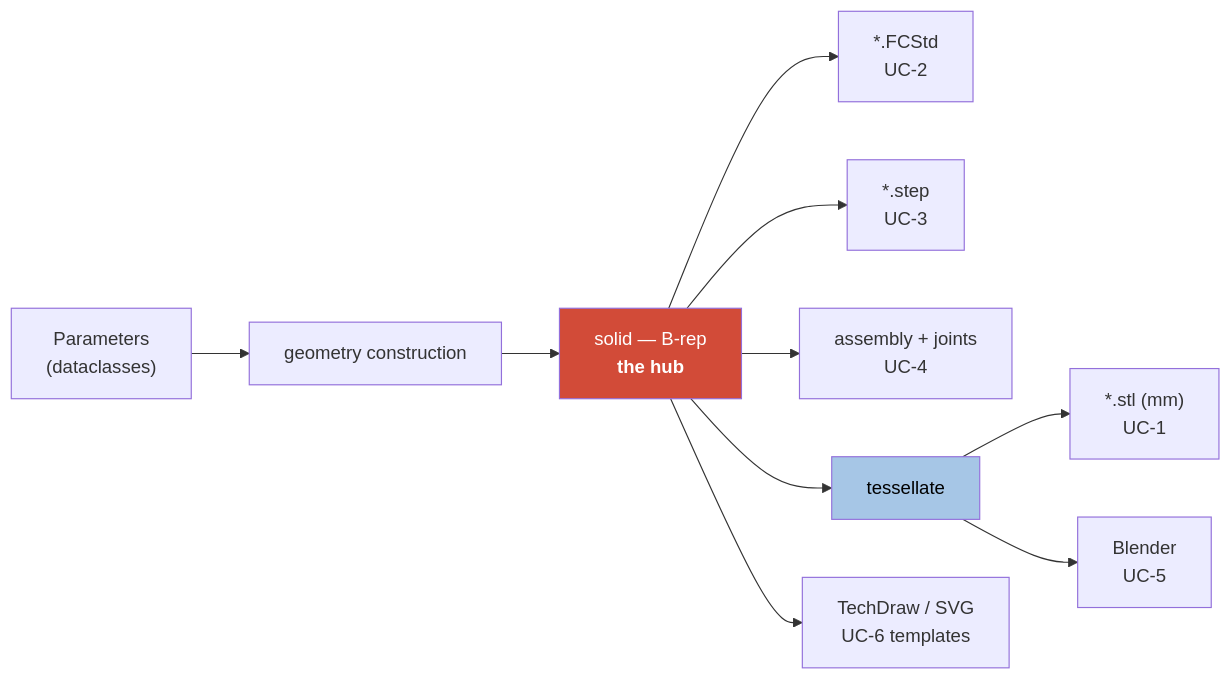
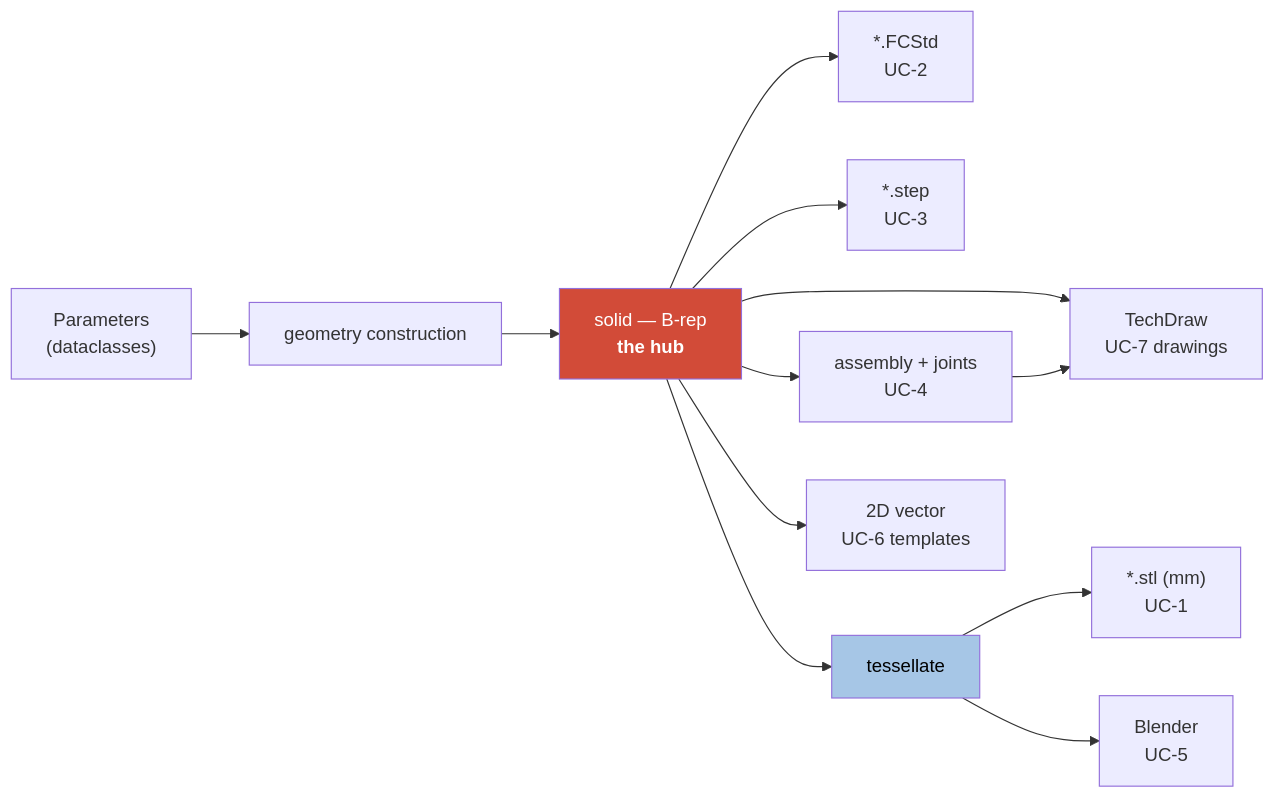
The first of 4 diagrams in doc/architecture/freecad_migration.md (yJjDoAZuae/modular-sUAS), drawn with Mermaid before and after one commit. The commit also changed other lines of this file and 5 other files, not shown here.

````diff
--- a/doc/architecture/freecad_migration.md
+++ b/doc/architecture/freecad_migration.md
@@ -69,17 +79,19 @@
 ```mermaid
 flowchart LR
     params["Parameters<br/>(dataclasses)"] --> build["geometry construction"]
     build --> solid["solid — B-rep<br/><b>the hub</b>"]
 
     solid --> fcstd["*.FCStd<br/>UC-2"]
     solid --> step["*.step<br/>UC-3"]
     solid --> asm["assembly + joints<br/>UC-4"]
     solid --> tess["tessellate"]
-    solid --> draw["TechDraw / SVG<br/>UC-6 templates"]
+    solid --> draw["TechDraw<br/>UC-7 drawings"]
+    solid --> flat["2D vector<br/>UC-6 templates"]
+    asm --> draw
 
     tess --> stl["*.stl (mm)<br/>UC-1"]
     tess --> blend["Blender<br/>UC-5"]
 
     style solid fill:#d24b38,color:#fff
     style tess fill:#a6c6e6,color:#000
 ```
````
